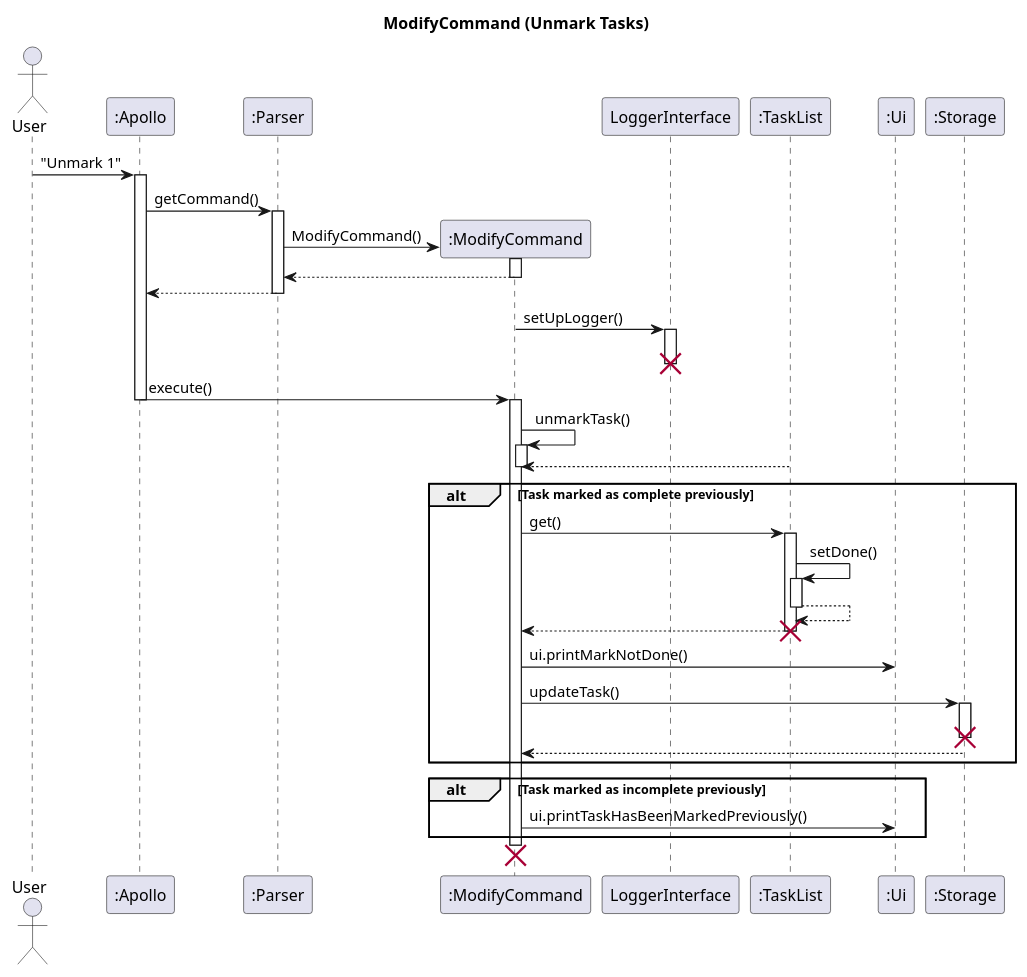
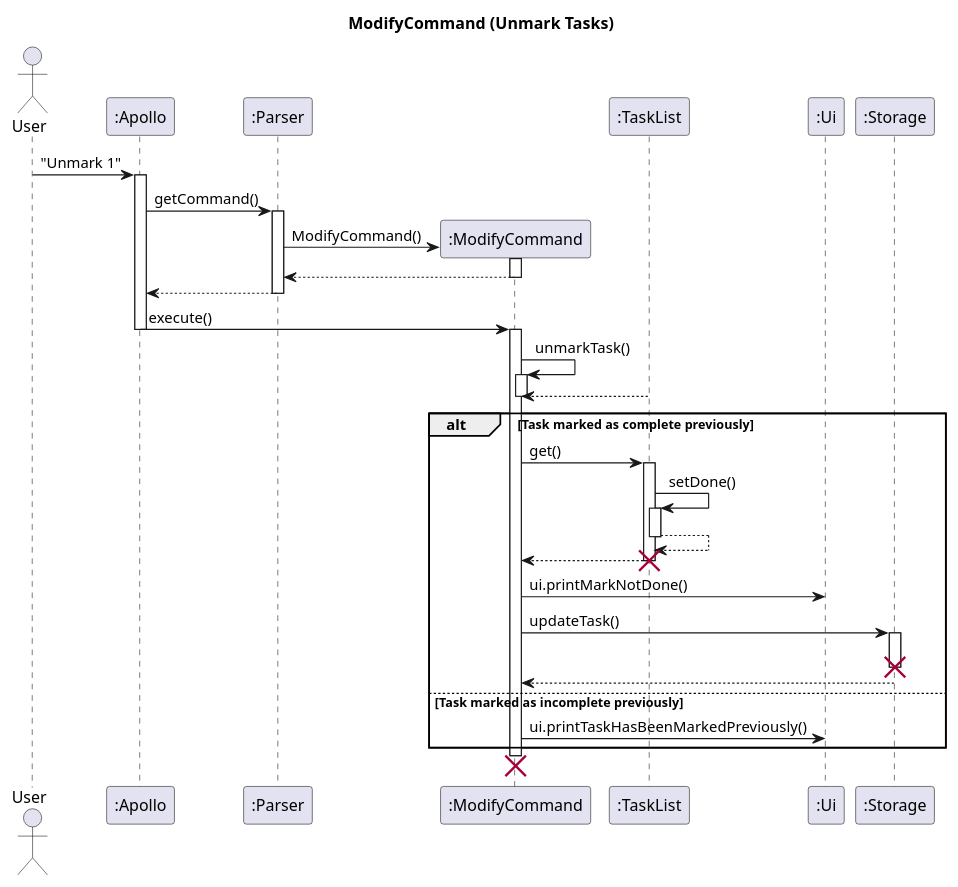
The diagram in docs/uml-source/ModifyCommand.puml (nus-cs2113-AY2223S2/tp), drawn with PlantUML before and after one commit.

Commit message:
Update UML diagram

```diff
--- a/docs/uml-source/ModifyCommand.puml
+++ b/docs/uml-source/ModifyCommand.puml
@@ -1,52 +1,48 @@
 @startuml
 'https://plantuml.com/sequence-diagram
 
 skinparam maxMessageSize 150
 title ModifyCommand (Unmark Tasks)
 
 actor User
 participant ":Apollo" as Apollo
 participant ":Parser" as Parser
 participant ":ModifyCommand" as modify
-participant "LoggerInterface" as Logger
+
 participant ":TaskList" as TaskList
 participant ":Ui" as Ui
 participant ":Storage" as Storage
 
 User -> Apollo : "Unmark 1"
 activate Apollo
 Apollo -> Parser : getCommand()
 activate Parser
 Parser -> modify** : ModifyCommand()
 modify++
 return
 return
-modify -> Logger: setUpLogger()
-activate Logger
-deactivate Logger
-destroy Logger
 
 Apollo -> modify : execute()
 Apollo--
 activate modify
 modify -> modify++ : unmarkTask()
 TaskList --> modify
 modify --
 alt Task marked as complete previously
 modify -> TaskList++: get()
 TaskList -> TaskList ++ :setDone()
 return
 modify <-- TaskList--
 destroy TaskList
 modify -> Ui : ui.printMarkNotDone()
 modify -> Storage ++: updateTask()
 destroy Storage
 return
-end
-alt Task marked as incomplete previously
+
+else Task marked as incomplete previously
 modify -> Ui : ui.printTaskHasBeenMarkedPreviously()
 end
 destroy modify
 
 
 @enduml
```
